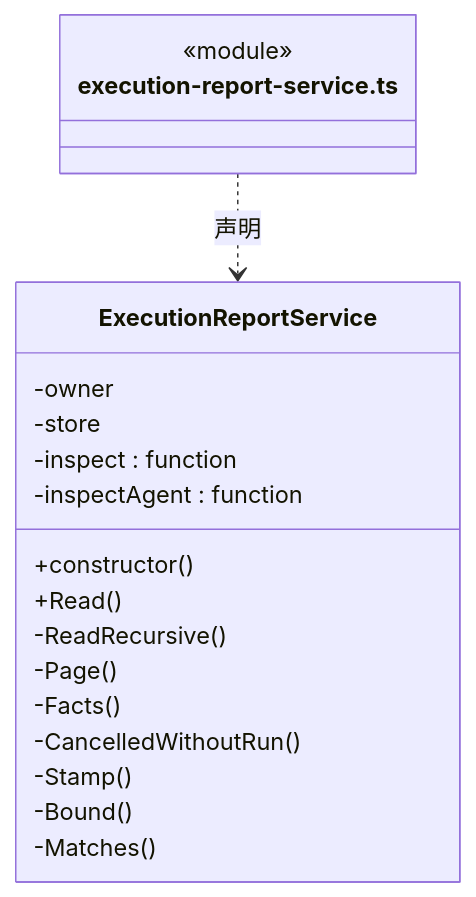
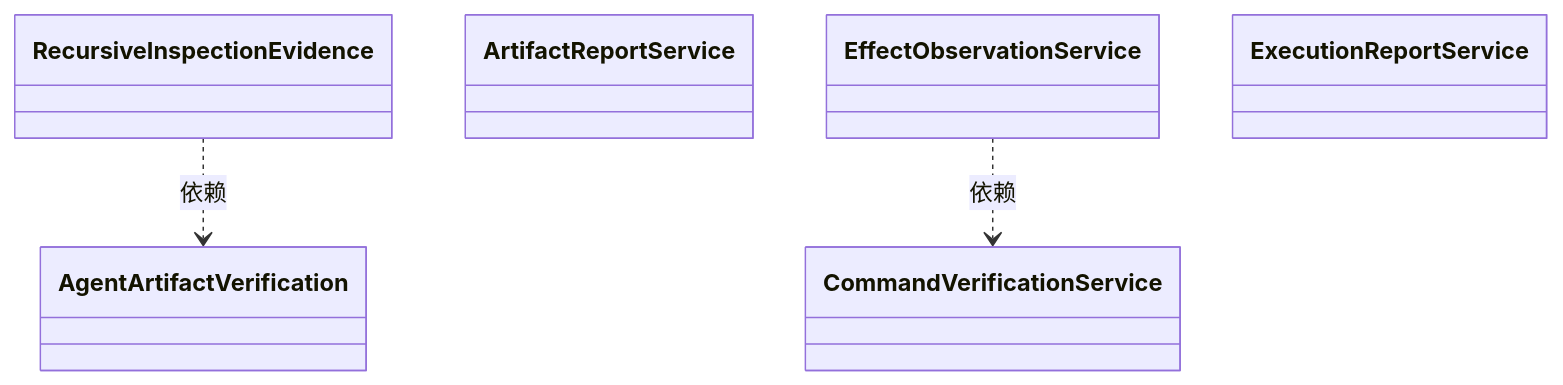
One commit to nan023062/cbim changed the first of 2 diagrams in src/logic/evidence/runtime/ARCHITECTURE.md. Above: the diagram before and after it, drawn with Mermaid. The commit also changed other lines of this file and 158 other files, not shown here.

Commit message:
docs: model architecture through nested virtual encapsulations

````diff
--- a/src/logic/evidence/runtime/ARCHITECTURE.md
+++ b/src/logic/evidence/runtime/ARCHITECTURE.md
@@ -369,22 +27,17 @@
 ```mermaid
 classDiagram
-class N_src_logic_evidence_runtime_execution_report_service_ts["execution-report-service.ts"] {
-  <<module>>
-}
-class N_src_logic_evidence_runtime_execution_report_service_ts_ExecutionReportService["ExecutionReportService"] {
-  +constructor()
-  +Read()
-  -owner
-  -store
-  -inspect : function
-  -inspectAgent : function
-  -ReadRecursive()
-  -Page()
-  -Facts()
-  -CancelledWithoutRun()
-  -Stamp()
-  -Bound()
-  -Matches()
-}
-N_src_logic_evidence_runtime_execution_report_service_ts ..> N_src_logic_evidence_runtime_execution_report_service_ts_ExecutionReportService : 声明
+class N_1f96a6c83c59["AgentArtifactVerification"]
+click N_1f96a6c83c59 href "agent-artifact-verification.ts"
+class N_31df3b5cde3c["RecursiveInspectionEvidence"]
+click N_31df3b5cde3c href "recursive-inspection-evidence.ts"
+class N_f2b1fc63e203["ArtifactReportService"]
+click N_f2b1fc63e203 href "artifact-report-service.ts"
+class N_98a8cf886285["CommandVerificationService"]
+click N_98a8cf886285 href "command-verification-service.ts"
+class N_00ba949bf973["EffectObservationService"]
+click N_00ba949bf973 href "effect-observation-service.ts"
+class N_e4a156f6b6f8["ExecutionReportService"]
+click N_e4a156f6b6f8 href "execution-report-service.ts"
+N_00ba949bf973 ..> N_98a8cf886285 : 依赖
+N_31df3b5cde3c ..> N_1f96a6c83c59 : 依赖
 ```
````
